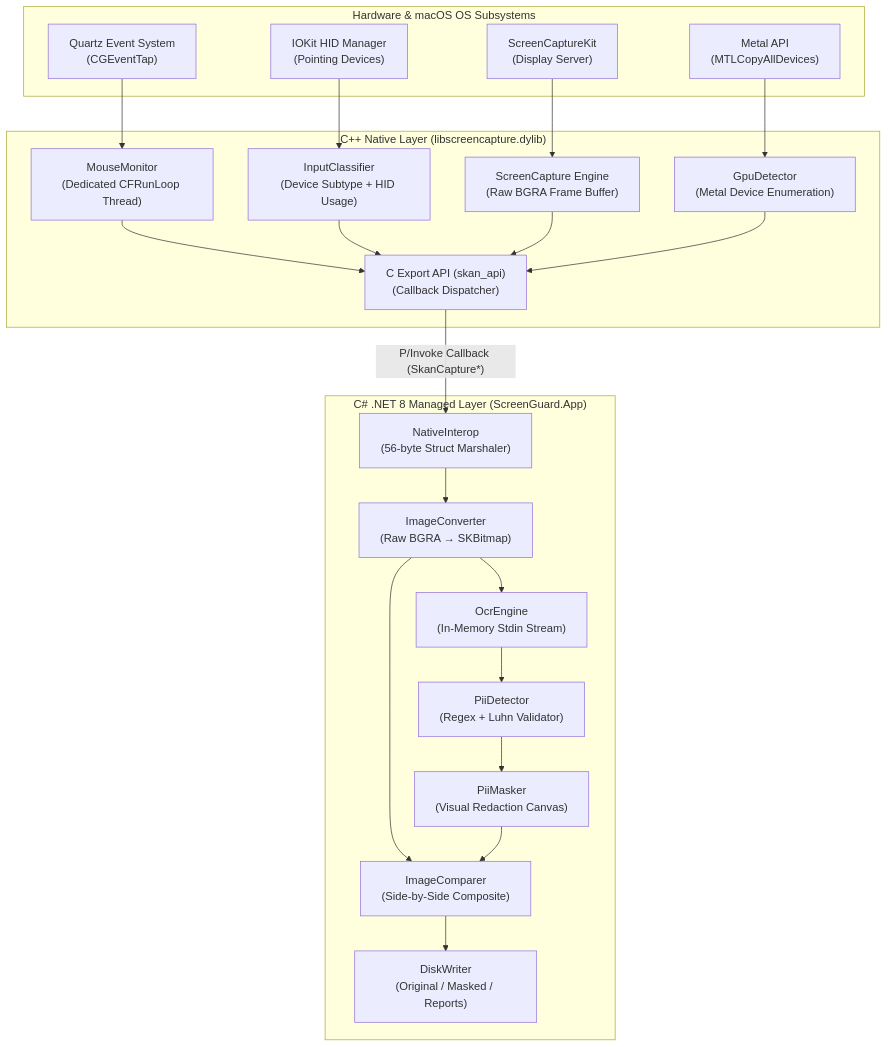
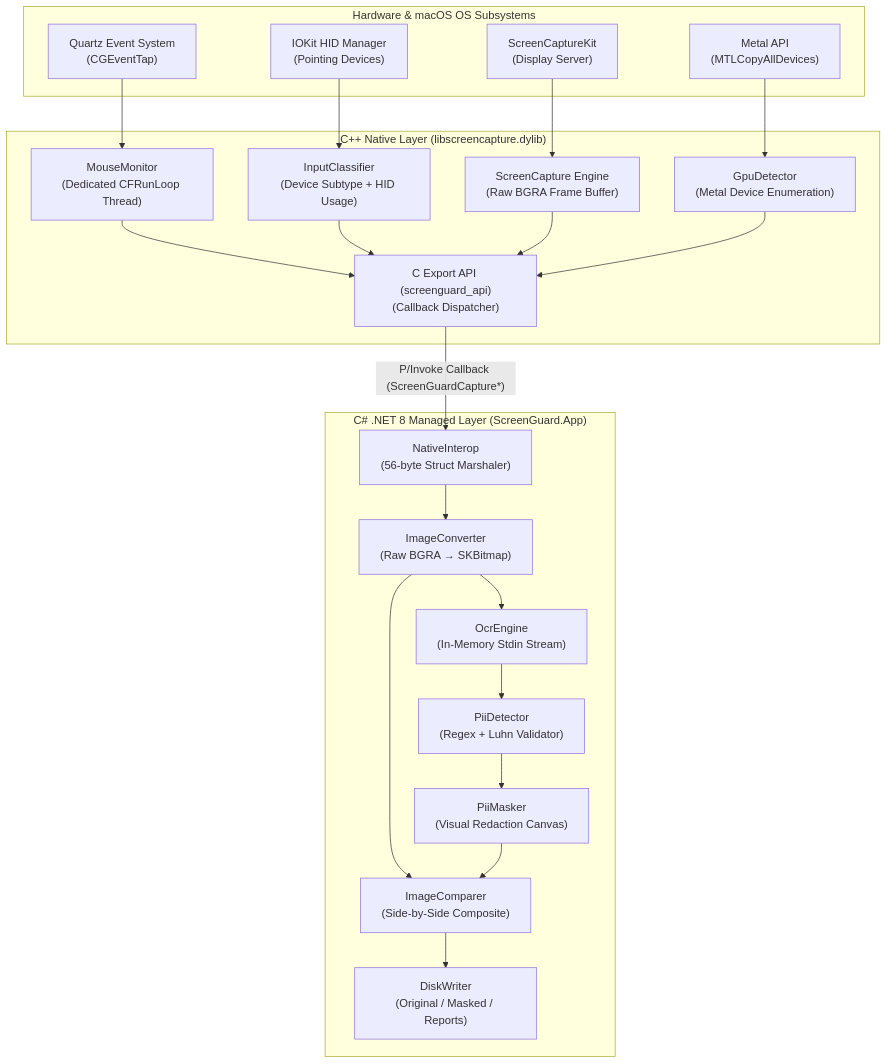
The first of 2 diagrams in docs/HLD.md (Deeps72-ux/screenguard-pii-masker), drawn with Mermaid before and after one commit. The commit also changed other lines of this file and 30 other files, not shown here.

Commit message:
refactor: rename all APIs, classes, and namespaces to ScreenGuard, removing legacy names

````diff
--- a/docs/HLD.md
+++ b/docs/HLD.md
@@ -35,46 +35,46 @@
 ```mermaid
 graph TB
     subgraph "Hardware & macOS OS Subsystems"
         OS_MOUSE["Quartz Event System<br/>(CGEventTap)"]
         OS_HID["IOKit HID Manager<br/>(Pointing Devices)"]
         OS_DISP["ScreenCaptureKit<br/>(Display Server)"]
         OS_METAL["Metal API<br/>(MTLCopyAllDevices)"]
     end
 
     subgraph "C++ Native Layer (libscreencapture.dylib)"
         MM["MouseMonitor<br/>(Dedicated CFRunLoop Thread)"]
         IC["InputClassifier<br/>(Device Subtype + HID Usage)"]
         SC["ScreenCapture Engine<br/>(Raw BGRA Frame Buffer)"]
         GD["GpuDetector<br/>(Metal Device Enumeration)"]
-        API["C Export API (skan_api)<br/>(Callback Dispatcher)"]
+        API["C Export API (screenguard_api)<br/>(Callback Dispatcher)"]
     end
 
     subgraph "C# .NET 8 Managed Layer (ScreenGuard.App)"
         PINVOKE["NativeInterop<br/>(56-byte Struct Marshaler)"]
         IMG_CONV["ImageConverter<br/>(Raw BGRA → SKBitmap)"]
         OCR["OcrEngine<br/>(In-Memory Stdin Stream)"]
         PII_DET["PiiDetector<br/>(Regex + Luhn Validator)"]
         PII_MASK["PiiMasker<br/>(Visual Redaction Canvas)"]
         COMPARER["ImageComparer<br/>(Side-by-Side Composite)"]
         DISK["DiskWriter<br/>(Original / Masked / Reports)"]
     end
 
     OS_MOUSE --> MM
     OS_HID --> IC
     OS_DISP --> SC
     OS_METAL --> GD
 
     MM --> API
     IC --> API
     SC --> API
     GD --> API
 
-    API -->|"P/Invoke Callback (SkanCapture*)"| PINVOKE
+    API -->|"P/Invoke Callback (ScreenGuardCapture*)"| PINVOKE
     PINVOKE --> IMG_CONV
     IMG_CONV --> OCR
     OCR --> PII_DET
     PII_DET --> PII_MASK
     IMG_CONV --> COMPARER
     PII_MASK --> COMPARER
     COMPARER --> DISK
 ```
````
